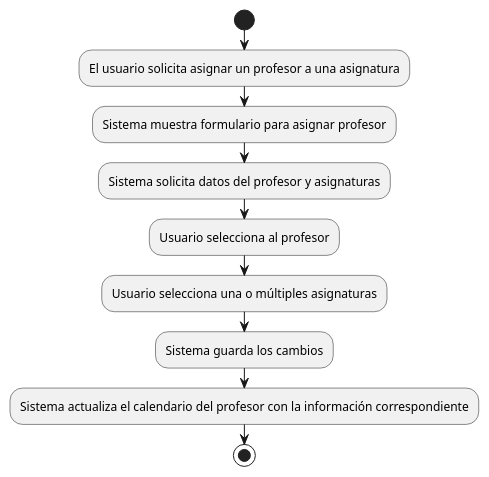
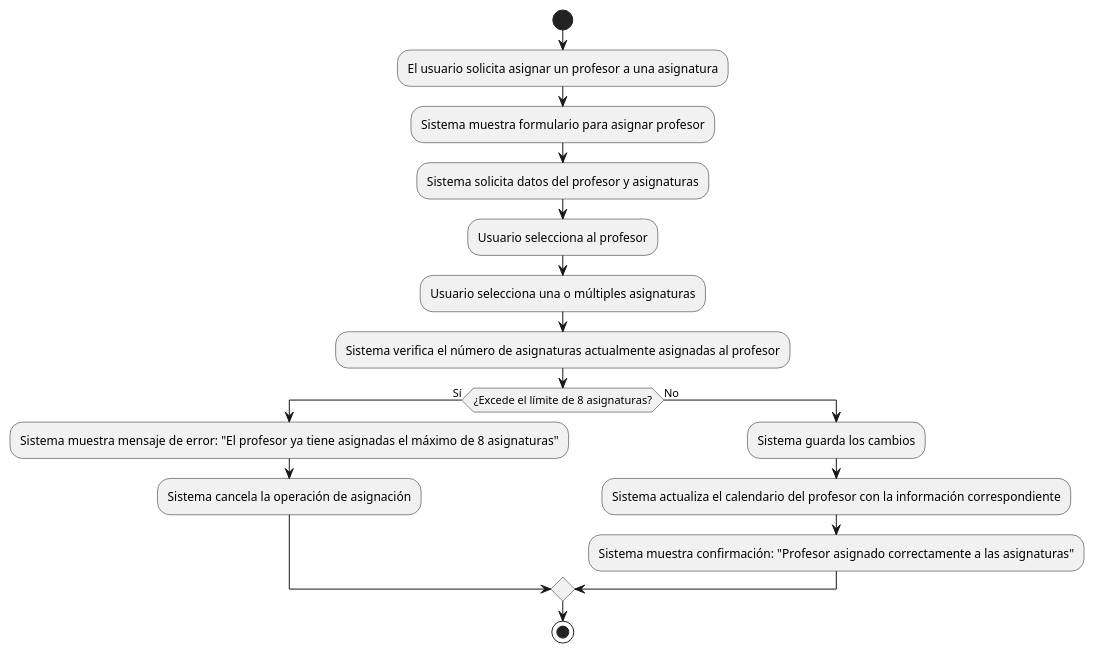
Before and after one commit to mmasias/24-25-IdSw1-SDR: the diagram in casosDeUso/plantUML/AsignarProfesor.puml, drawn with PlantUML. The commit also changed 11 other files, not shown here.

```diff
--- a/casosDeUso/plantUML/AsignarProfesor.puml
+++ b/casosDeUso/plantUML/AsignarProfesor.puml
@@ -1,11 +1,18 @@
 @startuml
 start
 :El usuario solicita asignar un profesor a una asignatura;
 :Sistema muestra formulario para asignar profesor;
 :Sistema solicita datos del profesor y asignaturas;
 :Usuario selecciona al profesor;
 :Usuario selecciona una o múltiples asignaturas;
-:Sistema guarda los cambios;
-:Sistema actualiza el calendario del profesor con la información correspondiente;
+:Sistema verifica el número de asignaturas actualmente asignadas al profesor;
+if (¿Excede el límite de 8 asignaturas?) then (Sí)
+  :Sistema muestra mensaje de error: "El profesor ya tiene asignadas el máximo de 8 asignaturas";
+  :Sistema cancela la operación de asignación;
+else (No)
+  :Sistema guarda los cambios;
+  :Sistema actualiza el calendario del profesor con la información correspondiente;
+  :Sistema muestra confirmación: "Profesor asignado correctamente a las asignaturas";
+endif
 stop
 @enduml
```
